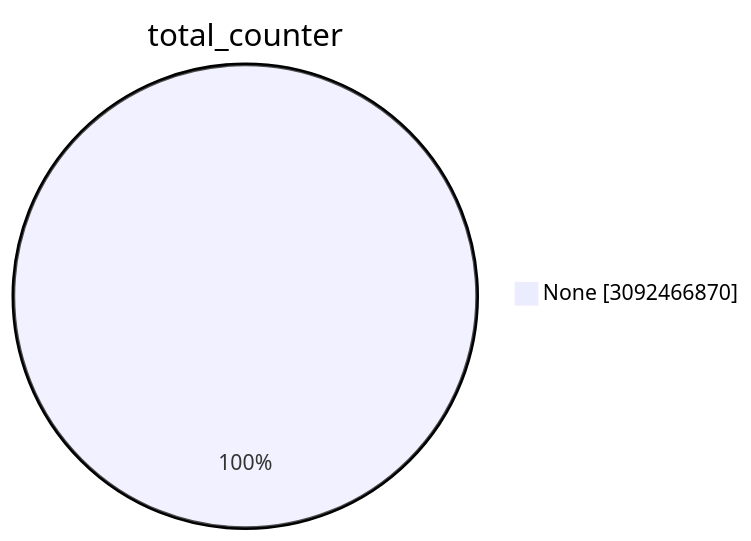
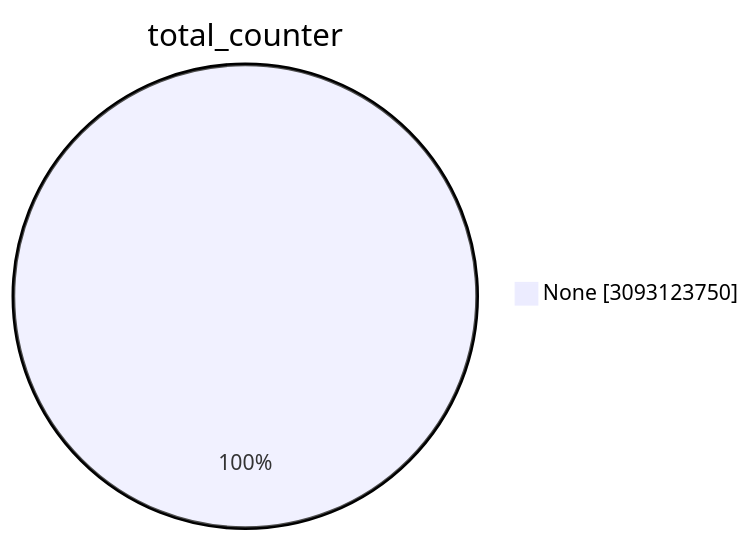
The first of 15 diagrams in TOTAL/README.md (christiankrug/ctmonitor_visualization), drawn with Mermaid before and after one commit. The commit also changed other lines of this file, not shown here.

````diff
--- a/TOTAL/README.md
+++ b/TOTAL/README.md
@@ -1,5 +1,5 @@
 ```mermaid
 pie showData
 title total_counter
-"None" :3092466870
+"None" :3093123750
 ```
````
